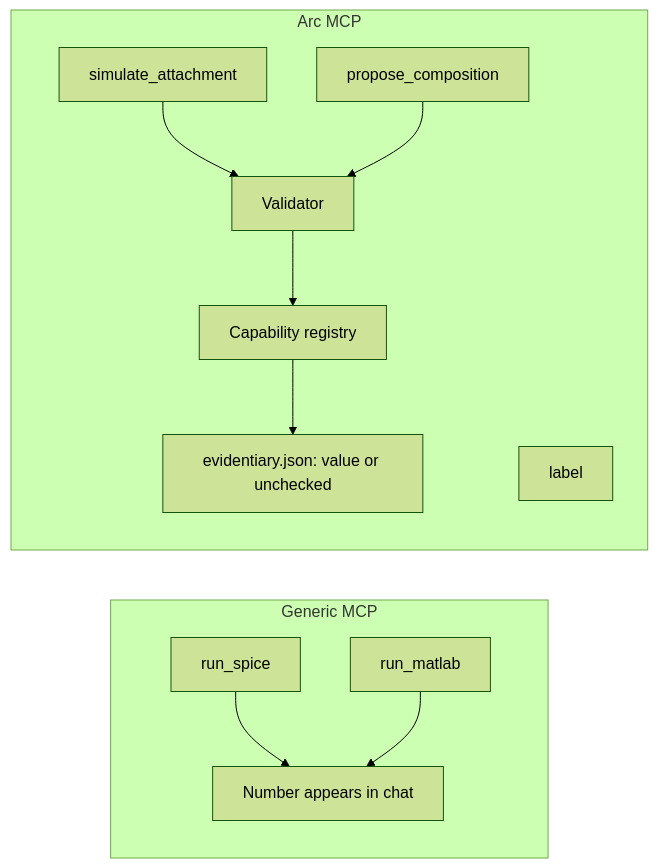
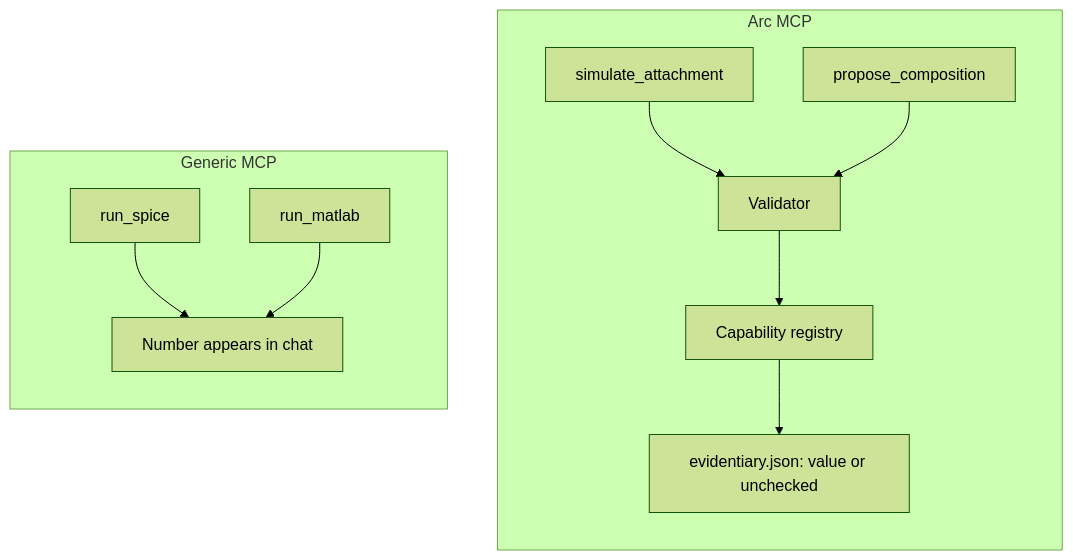
Before and after one commit to Vinayak-RZ/ARC: the second of 4 diagrams in docs/ON_THE_HARNESS.md, drawn with Mermaid (forest theme). The commit also changed other lines of this file, not shown here.

First line of the commit message:
docs: fix mermaid parse and four-layer layout

````diff
--- a/docs/ON_THE_HARNESS.md
+++ b/docs/ON_THE_HARNESS.md
@@ -74,18 +76,18 @@
 ```mermaid
 flowchart LR
   subgraph generic["Generic MCP"]
     G1["run_spice"]
     G2["run_matlab"]
     G1 --> Chat["Number appears in chat"]
     G2 --> Chat
   end
   subgraph arcway["Arc MCP"]
     A1["simulate_attachment"]
     A2["propose_composition"]
-    A3["label"]
     A1 --> Val["Validator"]
     A2 --> Val
     Val --> Cap["Capability registry"]
     Cap --> Out["evidentiary.json: value or unchecked"]
   end
+  generic ~~~ arcway
 ```
````
